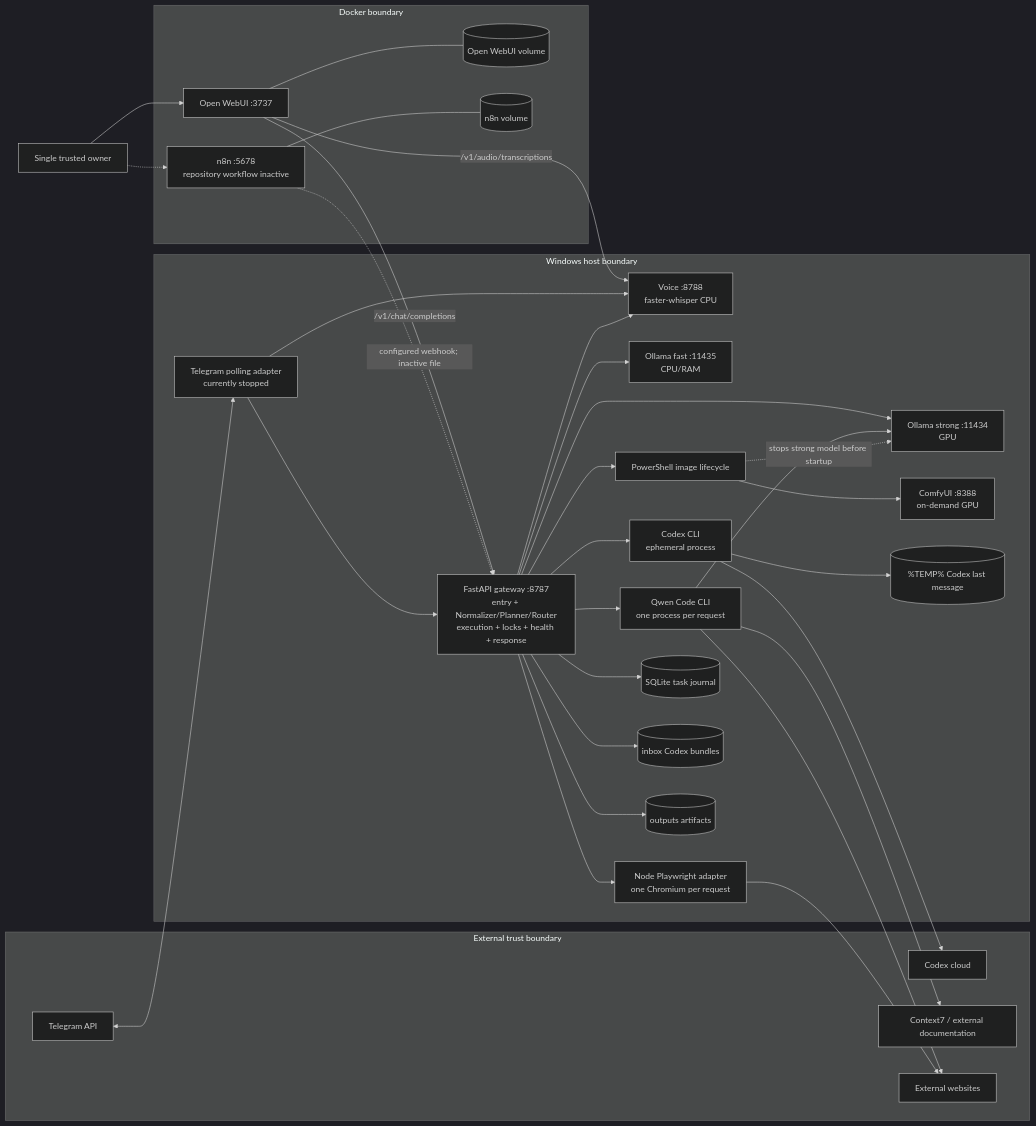
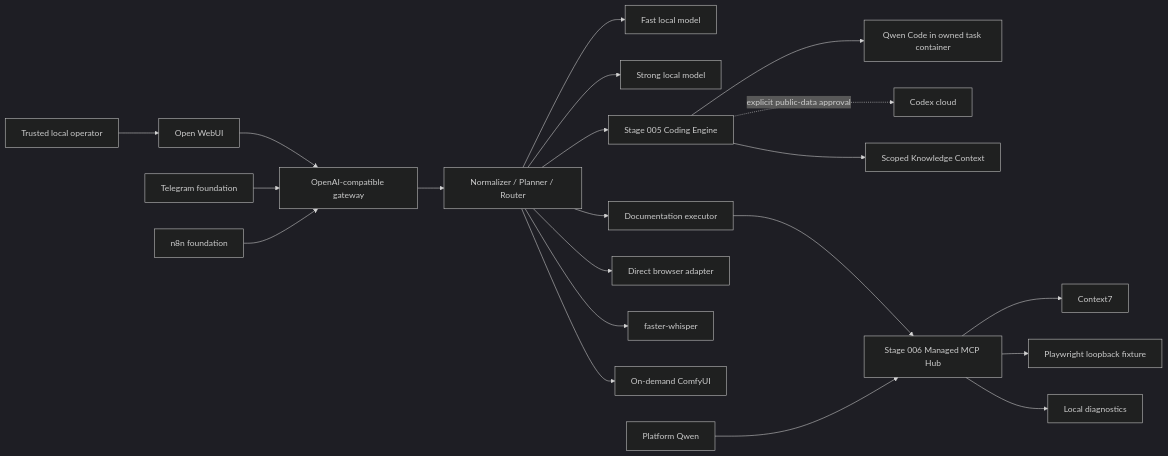
One commit to DenisGeide/locestra changed the diagram in docs/ARCHITECTURE.md. Above: the diagram before and after it, drawn with Mermaid (dark theme). The commit also changed other lines of this file and 125 other files, not shown here.

First line of the commit message:
Publish coding engine and managed MCP hub

````diff
--- a/docs/ARCHITECTURE.md
+++ b/docs/ARCHITECTURE.md
@@ -35,67 +10,25 @@
-~~~mermaid
+```mermaid
 flowchart LR
-  User["Single trusted owner"]
+    User["Trusted local operator"] --> UI["Open WebUI"]
+    UI --> GW["OpenAI-compatible gateway"]
+    TG["Telegram foundation"] --> GW
+    N8N["n8n foundation"] --> GW
 
-  subgraph External["External trust boundary"]
-    TelegramAPI["Telegram API"]
-    CodexCloud["Codex cloud"]
-    Context7["Context7 / external documentation"]
-    Web["External websites"]
-  end
+    GW --> PR["Normalizer / Planner / Router"]
+    PR --> Fast["Fast local model"]
+    PR --> Strong["Strong local model"]
+    PR --> Code["Stage 005 Coding Engine"]
+    PR --> Docs["Documentation executor"]
+    PR --> Browser["Direct browser adapter"]
+    PR --> Voice["faster-whisper"]
+    PR --> Image["On-demand ComfyUI"]
 
-  subgraph Docker["Docker boundary"]
-    UI["Open WebUI :3737"]
-    N8N["n8n :5678<br/>repository workflow inactive"]
-    UIVol[("Open WebUI volume")]
-    N8NVol[("n8n volume")]
-    UI --- UIVol
-    N8N --- N8NVol
-  end
-
-  subgraph Host["Windows host boundary"]
-    TG["Telegram polling adapter<br/>currently stopped"]
-    GW["FastAPI gateway :8787<br/>entry + Normalizer/Planner/Router<br/>execution + locks + health + response"]
-    Voice["Voice :8788<br/>faster-whisper CPU"]
-    Fast["Ollama fast :11435<br/>CPU/RAM"]
-    Strong["Ollama strong :11434<br/>GPU"]
-    Qwen["Qwen Code CLI<br/>one process per request"]
-    Codex["Codex CLI<br/>ephemeral process"]
-    Browser["Node Playwright adapter<br/>one Chromium per request"]
-    Image["PowerShell image lifecycle"]
-    Comfy["ComfyUI :8388<br/>on-demand GPU"]
-    DB[("SQLite task journal")]
-    Inbox[("inbox Codex bundles")]
-    Outputs[("outputs artifacts")]
-    Temp[("%TEMP% Codex last message")]
-
-    UI -->|"/v1/chat/completions"| GW
-    UI -->|"/v1/audio/transcriptions"| Voice
-    N8N -.->|"configured webhook; inactive file"| GW
-    TG --> Voice
-    TG --> GW
-
-    GW --> Fast
-    GW --> Strong
-    GW --> Qwen
-    GW --> Codex
-    GW --> Browser
-    GW --> Image
-    GW --> Voice
-    Qwen --> Strong
-    Image --> Comfy
-    Image -.->|"stops strong model before startup"| Strong
-
-    GW --> DB
-    GW --> Inbox
-    GW --> Outputs
-    Codex --> Temp
-  end
-
-  User --> UI
-  User -.-> N8N
-  TelegramAPI <--> TG
-  Codex --> CodexCloud
-  Qwen --> Context7
-  Qwen --> Web
-  Browser --> Web
-~~~
+    Code --> Qwen["Qwen Code in owned task container"]
+    Code -. "explicit public-data approval" .-> Codex["Codex cloud"]
+    Code --> Knowledge["Scoped Knowledge Context"]
+    Docs --> Hub["Stage 006 Managed MCP Hub"]
+    Platform["Platform Qwen"] --> Hub
+    Hub --> Context7["Context7"]
+    Hub --> Fixture["Playwright loopback fixture"]
+    Hub --> Diagnostics["Local diagnostics"]
+```
````
